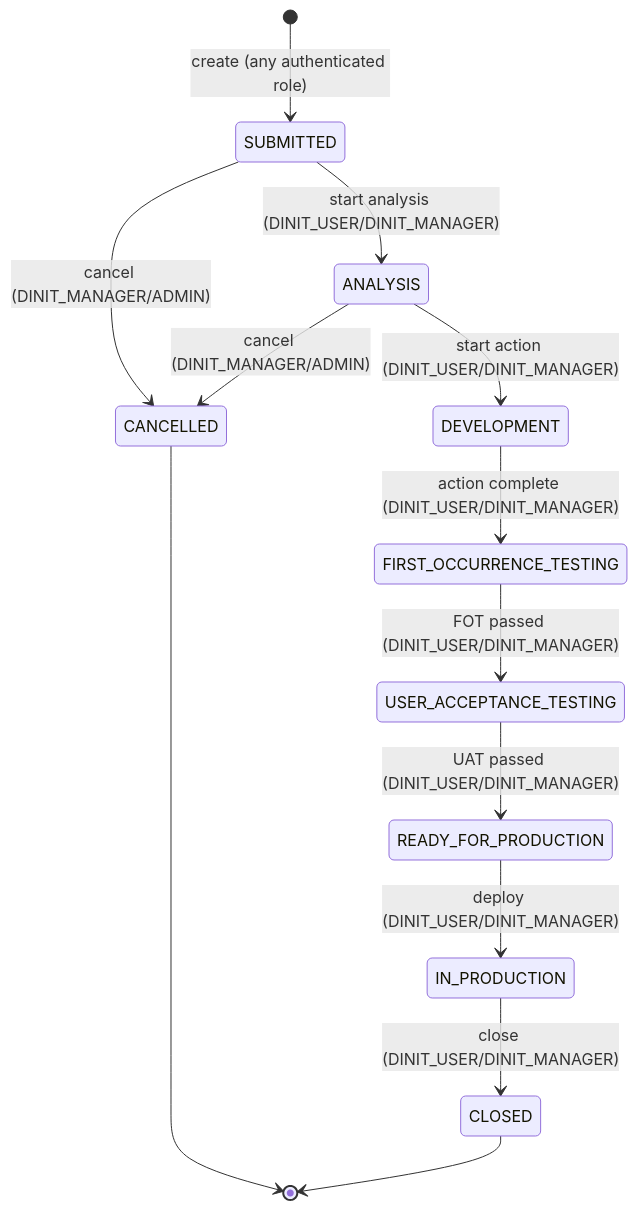
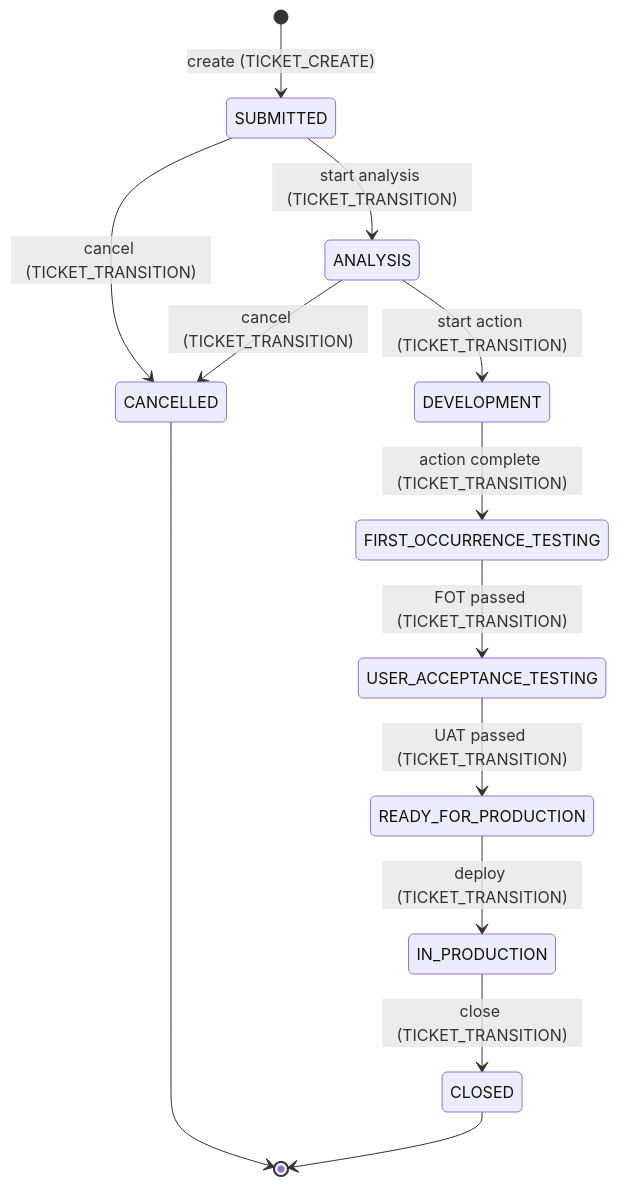
One commit to AleksV3/ticketFlow1 changed the diagram in specs/001-ticketing-mvp/features/US2-task-lifecycle.md. Above: the diagram before and after it, drawn with Mermaid. The commit also changed other lines of this file and 9 other files, not shown here.

````diff
--- a/specs/001-ticketing-mvp/features/US2-task-lifecycle.md
+++ b/specs/001-ticketing-mvp/features/US2-task-lifecycle.md
@@ -16,15 +17,15 @@
 ```mermaid
 stateDiagram-v2
-    [*] --> SUBMITTED: create (any authenticated role)
-    SUBMITTED --> ANALYSIS: start analysis (DINIT_USER/DINIT_MANAGER)
-    SUBMITTED --> CANCELLED: cancel (DINIT_MANAGER/ADMIN)
-    ANALYSIS --> DEVELOPMENT: start action (DINIT_USER/DINIT_MANAGER)
-    ANALYSIS --> CANCELLED: cancel (DINIT_MANAGER/ADMIN)
-    DEVELOPMENT --> FIRST_OCCURRENCE_TESTING: action complete (DINIT_USER/DINIT_MANAGER)
-    FIRST_OCCURRENCE_TESTING --> USER_ACCEPTANCE_TESTING: FOT passed (DINIT_USER/DINIT_MANAGER)
-    USER_ACCEPTANCE_TESTING --> READY_FOR_PRODUCTION: UAT passed (DINIT_USER/DINIT_MANAGER)
-    READY_FOR_PRODUCTION --> IN_PRODUCTION: deploy (DINIT_USER/DINIT_MANAGER)
-    IN_PRODUCTION --> CLOSED: close (DINIT_USER/DINIT_MANAGER)
+    [*] --> SUBMITTED: create (TICKET_CREATE)
+    SUBMITTED --> ANALYSIS: start analysis (TICKET_TRANSITION)
+    SUBMITTED --> CANCELLED: cancel (TICKET_TRANSITION)
+    ANALYSIS --> DEVELOPMENT: start action (TICKET_TRANSITION)
+    ANALYSIS --> CANCELLED: cancel (TICKET_TRANSITION)
+    DEVELOPMENT --> FIRST_OCCURRENCE_TESTING: action complete (TICKET_TRANSITION)
+    FIRST_OCCURRENCE_TESTING --> USER_ACCEPTANCE_TESTING: FOT passed (TICKET_TRANSITION)
+    USER_ACCEPTANCE_TESTING --> READY_FOR_PRODUCTION: UAT passed (TICKET_TRANSITION)
+    READY_FOR_PRODUCTION --> IN_PRODUCTION: deploy (TICKET_TRANSITION)
+    IN_PRODUCTION --> CLOSED: close (TICKET_TRANSITION)
     CANCELLED --> [*]
     CLOSED --> [*]
 ```
````
